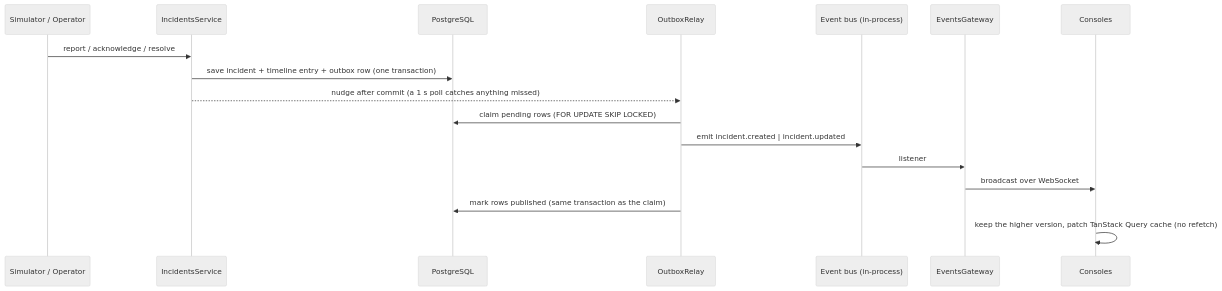
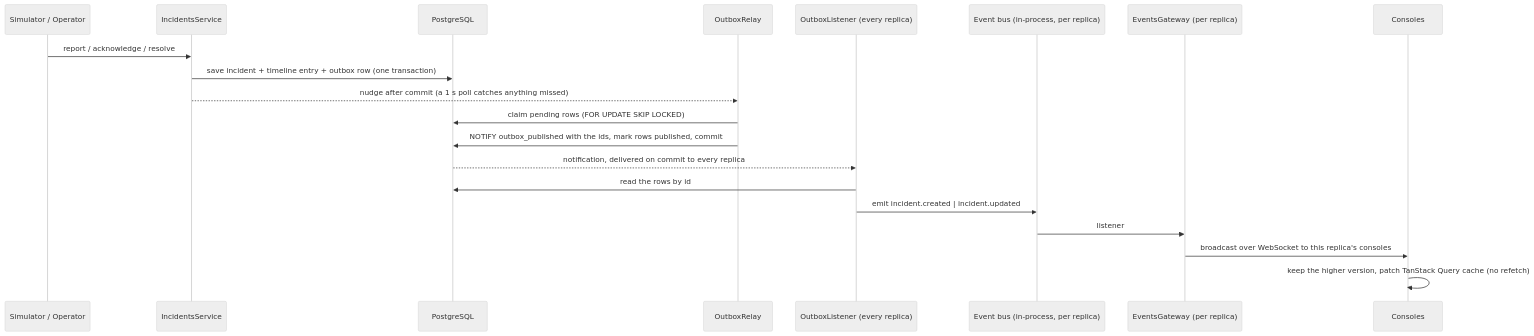
Before and after one commit to truongtankhanh/ops-command-center: the fourth of 4 diagrams in docs/architecture.md, drawn with Mermaid (neutral theme). The commit also changed other lines of this file and 21 other files, not shown here.

Commit message:
IMP-07: fan out incident events to every API replica (#3)

````diff
--- a/docs/architecture.md
+++ b/docs/architecture.md
@@ -91,20 +91,23 @@
 ```mermaid
 sequenceDiagram
   participant S as Simulator / Operator
   participant IS as IncidentsService
   participant DB as PostgreSQL
   participant R as OutboxRelay
-  participant EB as Event bus (in-process)
-  participant GW as EventsGateway
+  participant L as OutboxListener (every replica)
+  participant EB as Event bus (in-process, per replica)
+  participant GW as EventsGateway (per replica)
   participant C as Consoles
 
   S->>IS: report / acknowledge / resolve
   IS->>DB: save incident + timeline entry + outbox row (one transaction)
   IS-->>R: nudge after commit (a 1 s poll catches anything missed)
   R->>DB: claim pending rows (FOR UPDATE SKIP LOCKED)
-  R->>EB: emit incident.created | incident.updated
+  R->>DB: NOTIFY outbox_published with the ids, mark rows published, commit
+  DB-->>L: notification, delivered on commit to every replica
+  L->>DB: read the rows by id
+  L->>EB: emit incident.created | incident.updated
   EB->>GW: listener
-  GW->>C: broadcast over WebSocket
-  R->>DB: mark rows published (same transaction as the claim)
+  GW->>C: broadcast over WebSocket to this replica's consoles
   C->>C: keep the higher version, patch TanStack Query cache (no refetch)
 ```
````
